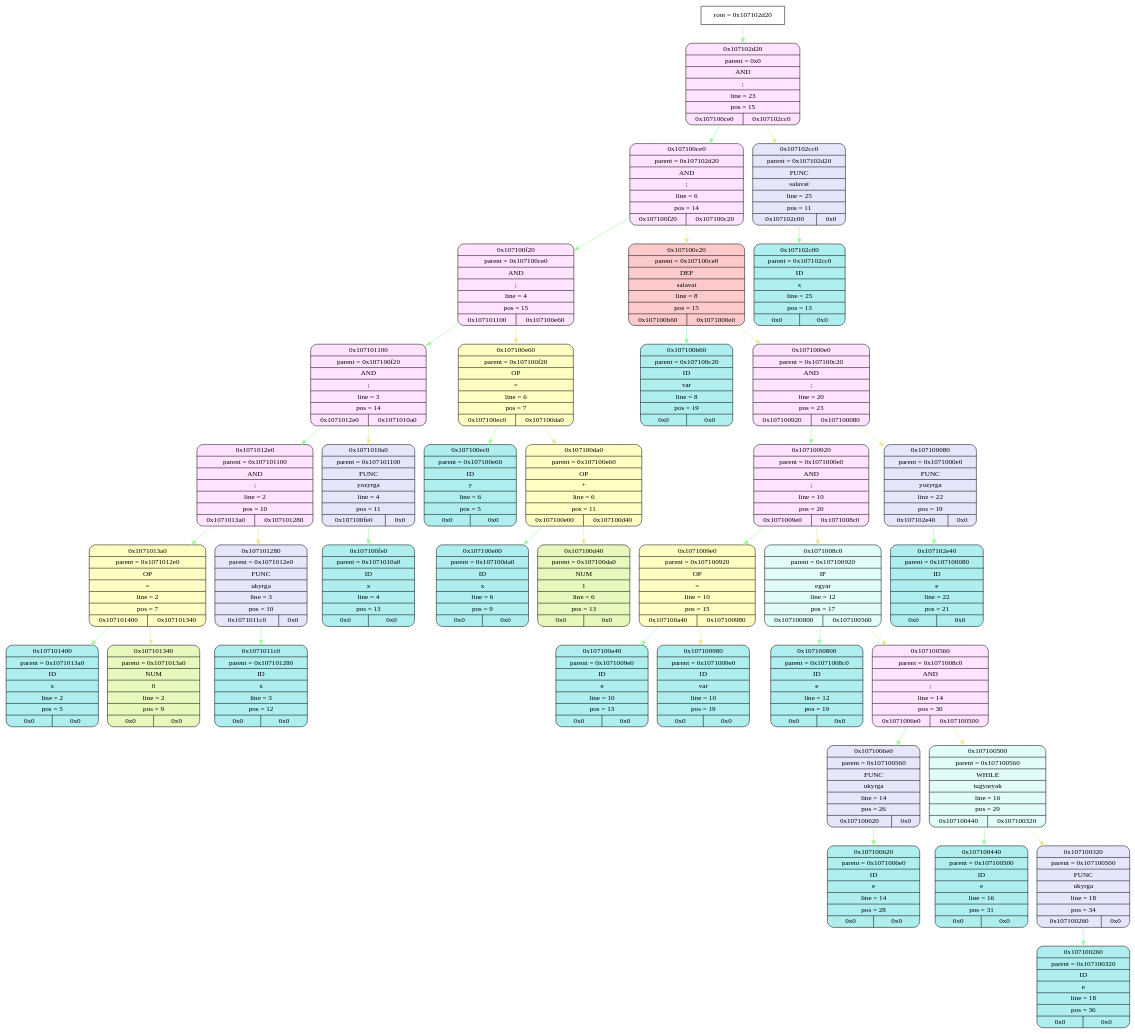
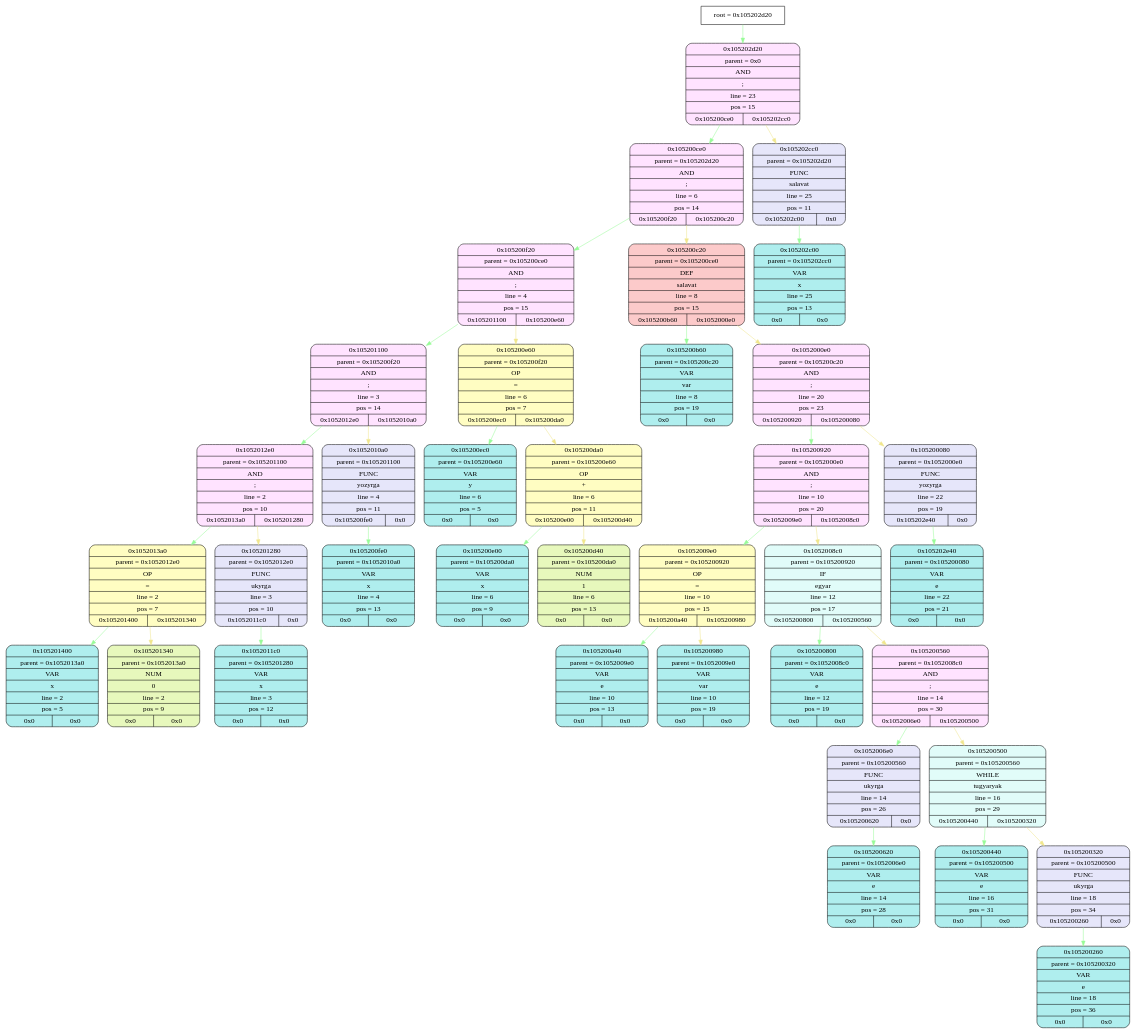
The diagram in frontend/tmp/graphviz.dot (esgalimov/language), drawn with Graphviz before and after one commit. The commit also changed 13 other files, not shown here.

```diff
--- a/frontend/tmp/graphviz.dot
+++ b/frontend/tmp/graphviz.dot
@@ -1,116 +1,116 @@
 digraph
 {
-    node_info[shape = record, label = "{root = 0x107102d20}"];
+    node_info[shape = record, label = "{root = 0x105202d20}"];
 
-    node_info->node_0x107102d20 [color = "#98FB98"];
-    node_0x107102d20[shape = Mrecord, label = "{{0x107102d20} | {parent =  0x0} | {AND} | {;} | {line = 23} | {pos = 15} | {0x107100ce0 | 0x107102cc0}}",
+    node_info->node_0x105202d20 [color = "#98FB98"];
+    node_0x105202d20[shape = Mrecord, label = "{{0x105202d20} | {parent =  0x0} | {AND} | {;} | {line = 23} | {pos = 15} | {0x105200ce0 | 0x105202cc0}}",
                                         style="filled", fillcolor="#FFE3FF"];
-    node_0x107100ce0[shape = Mrecord, label = "{{0x107100ce0} | {parent =  0x107102d20} | {AND} | {;} | {line = 6} | {pos = 14} | {0x107100f20 | 0x107100c20}}",
+    node_0x105200ce0[shape = Mrecord, label = "{{0x105200ce0} | {parent =  0x105202d20} | {AND} | {;} | {line = 6} | {pos = 14} | {0x105200f20 | 0x105200c20}}",
                                         style="filled", fillcolor="#FFE3FF"];
-    node_0x107100f20[shape = Mrecord, label = "{{0x107100f20} | {parent =  0x107100ce0} | {AND} | {;} | {line = 4} | {pos = 15} | {0x107101100 | 0x107100e60}}",
+    node_0x105200f20[shape = Mrecord, label = "{{0x105200f20} | {parent =  0x105200ce0} | {AND} | {;} | {line = 4} | {pos = 15} | {0x105201100 | 0x105200e60}}",
                                         style="filled", fillcolor="#FFE3FF"];
-    node_0x107101100[shape = Mrecord, label = "{{0x107101100} | {parent =  0x107100f20} | {AND} | {;} | {line = 3} | {pos = 14} | {0x1071012e0 | 0x1071010a0}}",
+    node_0x105201100[shape = Mrecord, label = "{{0x105201100} | {parent =  0x105200f20} | {AND} | {;} | {line = 3} | {pos = 14} | {0x1052012e0 | 0x1052010a0}}",
                                         style="filled", fillcolor="#FFE3FF"];
-    node_0x1071012e0[shape = Mrecord, label = "{{0x1071012e0} | {parent =  0x107101100} | {AND} | {;} | {line = 2} | {pos = 10} | {0x1071013a0 | 0x107101280}}",
+    node_0x1052012e0[shape = Mrecord, label = "{{0x1052012e0} | {parent =  0x105201100} | {AND} | {;} | {line = 2} | {pos = 10} | {0x1052013a0 | 0x105201280}}",
                                         style="filled", fillcolor="#FFE3FF"];
-    node_0x1071013a0[shape = Mrecord, label = "{{0x1071013a0} | {parent =  0x1071012e0} | {OP} | {=} | {line = 2} | {pos = 7} | {0x107101400 | 0x107101340}}",
+    node_0x1052013a0[shape = Mrecord, label = "{{0x1052013a0} | {parent =  0x1052012e0} | {OP} | {=} | {line = 2} | {pos = 7} | {0x105201400 | 0x105201340}}",
                                         style="filled", fillcolor="#FFFDC2"];
-    node_0x107101400[shape = Mrecord, label = "{{0x107101400} | {parent =  0x1071013a0} | {ID} | {x} | {line = 2} | {pos = 5} | {0x0 | 0x0}}",
+    node_0x105201400[shape = Mrecord, label = "{{0x105201400} | {parent =  0x1052013a0} | {VAR} | {x} | {line = 2} | {pos = 5} | {0x0 | 0x0}}",
                                         style="filled", fillcolor="#AFEEEE"];
-    node_0x107101340[shape = Mrecord, label = "{{0x107101340} | {parent =  0x1071013a0} | {NUM} | {0} | {line = 2} | {pos = 9} | {0x0 | 0x0}}",
+    node_0x105201340[shape = Mrecord, label = "{{0x105201340} | {parent =  0x1052013a0} | {NUM} | {0} | {line = 2} | {pos = 9} | {0x0 | 0x0}}",
                 style="filled", fillcolor="#E7F8BC"];
-    node_0x107101280[shape = Mrecord, label = "{{0x107101280} | {parent =  0x1071012e0} | {FUNC} | {ukyrga} | {line = 3} | {pos = 10} | {0x1071011c0 | 0x0}}",
+    node_0x105201280[shape = Mrecord, label = "{{0x105201280} | {parent =  0x1052012e0} | {FUNC} | {ukyrga} | {line = 3} | {pos = 10} | {0x1052011c0 | 0x0}}",
                                         style="filled", fillcolor="#E6E6FA"];
-    node_0x1071011c0[shape = Mrecord, label = "{{0x1071011c0} | {parent =  0x107101280} | {ID} | {x} | {line = 3} | {pos = 12} | {0x0 | 0x0}}",
+    node_0x1052011c0[shape = Mrecord, label = "{{0x1052011c0} | {parent =  0x105201280} | {VAR} | {x} | {line = 3} | {pos = 12} | {0x0 | 0x0}}",
                                         style="filled", fillcolor="#AFEEEE"];
-    node_0x1071010a0[shape = Mrecord, label = "{{0x1071010a0} | {parent =  0x107101100} | {FUNC} | {yozyrga} | {line = 4} | {pos = 11} | {0x107100fe0 | 0x0}}",
+    node_0x1052010a0[shape = Mrecord, label = "{{0x1052010a0} | {parent =  0x105201100} | {FUNC} | {yozyrga} | {line = 4} | {pos = 11} | {0x105200fe0 | 0x0}}",
                                         style="filled", fillcolor="#E6E6FA"];
-    node_0x107100fe0[shape = Mrecord, label = "{{0x107100fe0} | {parent =  0x1071010a0} | {ID} | {x} | {line = 4} | {pos = 13} | {0x0 | 0x0}}",
+    node_0x105200fe0[shape = Mrecord, label = "{{0x105200fe0} | {parent =  0x1052010a0} | {VAR} | {x} | {line = 4} | {pos = 13} | {0x0 | 0x0}}",
                                         style="filled", fillcolor="#AFEEEE"];
-    node_0x107100e60[shape = Mrecord, label = "{{0x107100e60} | {parent =  0x107100f20} | {OP} | {=} | {line = 6} | {pos = 7} | {0x107100ec0 | 0x107100da0}}",
+    node_0x105200e60[shape = Mrecord, label = "{{0x105200e60} | {parent =  0x105200f20} | {OP} | {=} | {line = 6} | {pos = 7} | {0x105200ec0 | 0x105200da0}}",
                                         style="filled", fillcolor="#FFFDC2"];
-    node_0x107100ec0[shape = Mrecord, label = "{{0x107100ec0} | {parent =  0x107100e60} | {ID} | {y} | {line = 6} | {pos = 5} | {0x0 | 0x0}}",
+    node_0x105200ec0[shape = Mrecord, label = "{{0x105200ec0} | {parent =  0x105200e60} | {VAR} | {y} | {line = 6} | {pos = 5} | {0x0 | 0x0}}",
                                         style="filled", fillcolor="#AFEEEE"];
-    node_0x107100da0[shape = Mrecord, label = "{{0x107100da0} | {parent =  0x107100e60} | {OP} | {+} | {line = 6} | {pos = 11} | {0x107100e00 | 0x107100d40}}",
+    node_0x105200da0[shape = Mrecord, label = "{{0x105200da0} | {parent =  0x105200e60} | {OP} | {+} | {line = 6} | {pos = 11} | {0x105200e00 | 0x105200d40}}",
                                         style="filled", fillcolor="#FFFDC2"];
-    node_0x107100e00[shape = Mrecord, label = "{{0x107100e00} | {parent =  0x107100da0} | {ID} | {x} | {line = 6} | {pos = 9} | {0x0 | 0x0}}",
+    node_0x105200e00[shape = Mrecord, label = "{{0x105200e00} | {parent =  0x105200da0} | {VAR} | {x} | {line = 6} | {pos = 9} | {0x0 | 0x0}}",
                                         style="filled", fillcolor="#AFEEEE"];
-    node_0x107100d40[shape = Mrecord, label = "{{0x107100d40} | {parent =  0x107100da0} | {NUM} | {1} | {line = 6} | {pos = 13} | {0x0 | 0x0}}",
+    node_0x105200d40[shape = Mrecord, label = "{{0x105200d40} | {parent =  0x105200da0} | {NUM} | {1} | {line = 6} | {pos = 13} | {0x0 | 0x0}}",
                 style="filled", fillcolor="#E7F8BC"];
-    node_0x107100c20[shape = Mrecord, label = "{{0x107100c20} | {parent =  0x107100ce0} | {DEF} | {salavat} | {line = 8} | {pos = 15} | {0x107100b60 | 0x1071000e0}}",
+    node_0x105200c20[shape = Mrecord, label = "{{0x105200c20} | {parent =  0x105200ce0} | {DEF} | {salavat} | {line = 8} | {pos = 15} | {0x105200b60 | 0x1052000e0}}",
                                         style="filled", fillcolor="#FCCACA"];
-    node_0x107100b60[shape = Mrecord, label = "{{0x107100b60} | {parent =  0x107100c20} | {ID} | {var} | {line = 8} | {pos = 19} | {0x0 | 0x0}}",
+    node_0x105200b60[shape = Mrecord, label = "{{0x105200b60} | {parent =  0x105200c20} | {VAR} | {var} | {line = 8} | {pos = 19} | {0x0 | 0x0}}",
                                         style="filled", fillcolor="#AFEEEE"];
-    node_0x1071000e0[shape = Mrecord, label = "{{0x1071000e0} | {parent =  0x107100c20} | {AND} | {;} | {line = 20} | {pos = 23} | {0x107100920 | 0x107100080}}",
+    node_0x1052000e0[shape = Mrecord, label = "{{0x1052000e0} | {parent =  0x105200c20} | {AND} | {;} | {line = 20} | {pos = 23} | {0x105200920 | 0x105200080}}",
                                         style="filled", fillcolor="#FFE3FF"];
-    node_0x107100920[shape = Mrecord, label = "{{0x107100920} | {parent =  0x1071000e0} | {AND} | {;} | {line = 10} | {pos = 20} | {0x1071009e0 | 0x1071008c0}}",
+    node_0x105200920[shape = Mrecord, label = "{{0x105200920} | {parent =  0x1052000e0} | {AND} | {;} | {line = 10} | {pos = 20} | {0x1052009e0 | 0x1052008c0}}",
                                         style="filled", fillcolor="#FFE3FF"];
-    node_0x1071009e0[shape = Mrecord, label = "{{0x1071009e0} | {parent =  0x107100920} | {OP} | {=} | {line = 10} | {pos = 15} | {0x107100a40 | 0x107100980}}",
+    node_0x1052009e0[shape = Mrecord, label = "{{0x1052009e0} | {parent =  0x105200920} | {OP} | {=} | {line = 10} | {pos = 15} | {0x105200a40 | 0x105200980}}",
                                         style="filled", fillcolor="#FFFDC2"];
-    node_0x107100a40[shape = Mrecord, label = "{{0x107100a40} | {parent =  0x1071009e0} | {ID} | {e} | {line = 10} | {pos = 13} | {0x0 | 0x0}}",
+    node_0x105200a40[shape = Mrecord, label = "{{0x105200a40} | {parent =  0x1052009e0} | {VAR} | {e} | {line = 10} | {pos = 13} | {0x0 | 0x0}}",
                                         style="filled", fillcolor="#AFEEEE"];
-    node_0x107100980[shape = Mrecord, label = "{{0x107100980} | {parent =  0x1071009e0} | {ID} | {var} | {line = 10} | {pos = 19} | {0x0 | 0x0}}",
+    node_0x105200980[shape = Mrecord, label = "{{0x105200980} | {parent =  0x1052009e0} | {VAR} | {var} | {line = 10} | {pos = 19} | {0x0 | 0x0}}",
                                         style="filled", fillcolor="#AFEEEE"];
-    node_0x1071008c0[shape = Mrecord, label = "{{0x1071008c0} | {parent =  0x107100920} | {IF} | {egyar} | {line = 12} | {pos = 17} | {0x107100800 | 0x107100560}}",
+    node_0x1052008c0[shape = Mrecord, label = "{{0x1052008c0} | {parent =  0x105200920} | {IF} | {egyar} | {line = 12} | {pos = 17} | {0x105200800 | 0x105200560}}",
                                         style="filled", fillcolor="#E1FCF9"];
-    node_0x107100800[shape = Mrecord, label = "{{0x107100800} | {parent =  0x1071008c0} | {ID} | {e} | {line = 12} | {pos = 19} | {0x0 | 0x0}}",
+    node_0x105200800[shape = Mrecord, label = "{{0x105200800} | {parent =  0x1052008c0} | {VAR} | {e} | {line = 12} | {pos = 19} | {0x0 | 0x0}}",
                                         style="filled", fillcolor="#AFEEEE"];
-    node_0x107100560[shape = Mrecord, label = "{{0x107100560} | {parent =  0x1071008c0} | {AND} | {;} | {line = 14} | {pos = 30} | {0x1071006e0 | 0x107100500}}",
+    node_0x105200560[shape = Mrecord, label = "{{0x105200560} | {parent =  0x1052008c0} | {AND} | {;} | {line = 14} | {pos = 30} | {0x1052006e0 | 0x105200500}}",
                                         style="filled", fillcolor="#FFE3FF"];
-    node_0x1071006e0[shape = Mrecord, label = "{{0x1071006e0} | {parent =  0x107100560} | {FUNC} | {ukyrga} | {line = 14} | {pos = 26} | {0x107100620 | 0x0}}",
+    node_0x1052006e0[shape = Mrecord, label = "{{0x1052006e0} | {parent =  0x105200560} | {FUNC} | {ukyrga} | {line = 14} | {pos = 26} | {0x105200620 | 0x0}}",
                                         style="filled", fillcolor="#E6E6FA"];
-    node_0x107100620[shape = Mrecord, label = "{{0x107100620} | {parent =  0x1071006e0} | {ID} | {e} | {line = 14} | {pos = 28} | {0x0 | 0x0}}",
+    node_0x105200620[shape = Mrecord, label = "{{0x105200620} | {parent =  0x1052006e0} | {VAR} | {e} | {line = 14} | {pos = 28} | {0x0 | 0x0}}",
                                         style="filled", fillcolor="#AFEEEE"];
-    node_0x107100500[shape = Mrecord, label = "{{0x107100500} | {parent =  0x107100560} | {WHILE} | {tugyaryak} | {line = 16} | {pos = 29} | {0x107100440 | 0x107100320}}",
+    node_0x105200500[shape = Mrecord, label = "{{0x105200500} | {parent =  0x105200560} | {WHILE} | {tugyaryak} | {line = 16} | {pos = 29} | {0x105200440 | 0x105200320}}",
                                         style="filled", fillcolor="#E1FCF9"];
-    node_0x107100440[shape = Mrecord, label = "{{0x107100440} | {parent =  0x107100500} | {ID} | {e} | {line = 16} | {pos = 31} | {0x0 | 0x0}}",
+    node_0x105200440[shape = Mrecord, label = "{{0x105200440} | {parent =  0x105200500} | {VAR} | {e} | {line = 16} | {pos = 31} | {0x0 | 0x0}}",
                                         style="filled", fillcolor="#AFEEEE"];
-    node_0x107100320[shape = Mrecord, label = "{{0x107100320} | {parent =  0x107100500} | {FUNC} | {ukyrga} | {line = 18} | {pos = 34} | {0x107100260 | 0x0}}",
+    node_0x105200320[shape = Mrecord, label = "{{0x105200320} | {parent =  0x105200500} | {FUNC} | {ukyrga} | {line = 18} | {pos = 34} | {0x105200260 | 0x0}}",
                                         style="filled", fillcolor="#E6E6FA"];
-    node_0x107100260[shape = Mrecord, label = "{{0x107100260} | {parent =  0x107100320} | {ID} | {e} | {line = 18} | {pos = 36} | {0x0 | 0x0}}",
+    node_0x105200260[shape = Mrecord, label = "{{0x105200260} | {parent =  0x105200320} | {VAR} | {e} | {line = 18} | {pos = 36} | {0x0 | 0x0}}",
                                         style="filled", fillcolor="#AFEEEE"];
-    node_0x107100080[shape = Mrecord, label = "{{0x107100080} | {parent =  0x1071000e0} | {FUNC} | {yozyrga} | {line = 22} | {pos = 19} | {0x107102e40 | 0x0}}",
+    node_0x105200080[shape = Mrecord, label = "{{0x105200080} | {parent =  0x1052000e0} | {FUNC} | {yozyrga} | {line = 22} | {pos = 19} | {0x105202e40 | 0x0}}",
                                         style="filled", fillcolor="#E6E6FA"];
-    node_0x107102e40[shape = Mrecord, label = "{{0x107102e40} | {parent =  0x107100080} | {ID} | {e} | {line = 22} | {pos = 21} | {0x0 | 0x0}}",
+    node_0x105202e40[shape = Mrecord, label = "{{0x105202e40} | {parent =  0x105200080} | {VAR} | {e} | {line = 22} | {pos = 21} | {0x0 | 0x0}}",
                                         style="filled", fillcolor="#AFEEEE"];
-    node_0x107102cc0[shape = Mrecord, label = "{{0x107102cc0} | {parent =  0x107102d20} | {FUNC} | {salavat} | {line = 25} | {pos = 11} | {0x107102c00 | 0x0}}",
+    node_0x105202cc0[shape = Mrecord, label = "{{0x105202cc0} | {parent =  0x105202d20} | {FUNC} | {salavat} | {line = 25} | {pos = 11} | {0x105202c00 | 0x0}}",
                                         style="filled", fillcolor="#E6E6FA"];
-    node_0x107102c00[shape = Mrecord, label = "{{0x107102c00} | {parent =  0x107102cc0} | {ID} | {x} | {line = 25} | {pos = 13} | {0x0 | 0x0}}",
+    node_0x105202c00[shape = Mrecord, label = "{{0x105202c00} | {parent =  0x105202cc0} | {VAR} | {x} | {line = 25} | {pos = 13} | {0x0 | 0x0}}",
                                         style="filled", fillcolor="#AFEEEE"];
-    node_0x107102d20->node_0x107100ce0 [color = "#98FB98"];
-    node_0x107100ce0->node_0x107100f20 [color = "#98FB98"];
-    node_0x107100f20->node_0x107101100 [color = "#98FB98"];
-    node_0x107101100->node_0x1071012e0 [color = "#98FB98"];
-    node_0x1071012e0->node_0x1071013a0 [color = "#98FB98"];
-    node_0x1071013a0->node_0x107101400 [color = "#98FB98"];
-    node_0x1071013a0->node_0x107101340 [color = "#F0E68C"];
-    node_0x1071012e0->node_0x107101280 [color = "#F0E68C"];
-    node_0x107101280->node_0x1071011c0 [color = "#98FB98"];
-    node_0x107101100->node_0x1071010a0 [color = "#F0E68C"];
-    node_0x1071010a0->node_0x107100fe0 [color = "#98FB98"];
-    node_0x107100f20->node_0x107100e60 [color = "#F0E68C"];
-    node_0x107100e60->node_0x107100ec0 [color = "#98FB98"];
-    node_0x107100e60->node_0x107100da0 [color = "#F0E68C"];
-    node_0x107100da0->node_0x107100e00 [color = "#98FB98"];
-    node_0x107100da0->node_0x107100d40 [color = "#F0E68C"];
-    node_0x107100ce0->node_0x107100c20 [color = "#F0E68C"];
-    node_0x107100c20->node_0x107100b60 [color = "#98FB98"];
-    node_0x107100c20->node_0x1071000e0 [color = "#F0E68C"];
-    node_0x1071000e0->node_0x107100920 [color = "#98FB98"];
-    node_0x107100920->node_0x1071009e0 [color = "#98FB98"];
-    node_0x1071009e0->node_0x107100a40 [color = "#98FB98"];
-    node_0x1071009e0->node_0x107100980 [color = "#F0E68C"];
-    node_0x107100920->node_0x1071008c0 [color = "#F0E68C"];
-    node_0x1071008c0->node_0x107100800 [color = "#98FB98"];
-    node_0x1071008c0->node_0x107100560 [color = "#F0E68C"];
-    node_0x107100560->node_0x1071006e0 [color = "#98FB98"];
-    node_0x1071006e0->node_0x107100620 [color = "#98FB98"];
-    node_0x107100560->node_0x107100500 [color = "#F0E68C"];
-    node_0x107100500->node_0x107100440 [color = "#98FB98"];
-    node_0x107100500->node_0x107100320 [color = "#F0E68C"];
-    node_0x107100320->node_0x107100260 [color = "#98FB98"];
-    node_0x1071000e0->node_0x107100080 [color = "#F0E68C"];
-    node_0x107100080->node_0x107102e40 [color = "#98FB98"];
-    node_0x107102d20->node_0x107102cc0 [color = "#F0E68C"];
-    node_0x107102cc0->node_0x107102c00 [color = "#98FB98"];
+    node_0x105202d20->node_0x105200ce0 [color = "#98FB98"];
+    node_0x105200ce0->node_0x105200f20 [color = "#98FB98"];
+    node_0x105200f20->node_0x105201100 [color = "#98FB98"];
+    node_0x105201100->node_0x1052012e0 [color = "#98FB98"];
+    node_0x1052012e0->node_0x1052013a0 [color = "#98FB98"];
+    node_0x1052013a0->node_0x105201400 [color = "#98FB98"];
+    node_0x1052013a0->node_0x105201340 [color = "#F0E68C"];
+    node_0x1052012e0->node_0x105201280 [color = "#F0E68C"];
+    node_0x105201280->node_0x1052011c0 [color = "#98FB98"];
+    node_0x105201100->node_0x1052010a0 [color = "#F0E68C"];
+    node_0x1052010a0->node_0x105200fe0 [color = "#98FB98"];
+    node_0x105200f20->node_0x105200e60 [color = "#F0E68C"];
+    node_0x105200e60->node_0x105200ec0 [color = "#98FB98"];
+    node_0x105200e60->node_0x105200da0 [color = "#F0E68C"];
+    node_0x105200da0->node_0x105200e00 [color = "#98FB98"];
+    node_0x105200da0->node_0x105200d40 [color = "#F0E68C"];
+    node_0x105200ce0->node_0x105200c20 [color = "#F0E68C"];
+    node_0x105200c20->node_0x105200b60 [color = "#98FB98"];
+    node_0x105200c20->node_0x1052000e0 [color = "#F0E68C"];
+    node_0x1052000e0->node_0x105200920 [color = "#98FB98"];
+    node_0x105200920->node_0x1052009e0 [color = "#98FB98"];
+    node_0x1052009e0->node_0x105200a40 [color = "#98FB98"];
+    node_0x1052009e0->node_0x105200980 [color = "#F0E68C"];
+    node_0x105200920->node_0x1052008c0 [color = "#F0E68C"];
+    node_0x1052008c0->node_0x105200800 [color = "#98FB98"];
+    node_0x1052008c0->node_0x105200560 [color = "#F0E68C"];
+    node_0x105200560->node_0x1052006e0 [color = "#98FB98"];
+    node_0x1052006e0->node_0x105200620 [color = "#98FB98"];
+    node_0x105200560->node_0x105200500 [color = "#F0E68C"];
+    node_0x105200500->node_0x105200440 [color = "#98FB98"];
+    node_0x105200500->node_0x105200320 [color = "#F0E68C"];
+    node_0x105200320->node_0x105200260 [color = "#98FB98"];
+    node_0x1052000e0->node_0x105200080 [color = "#F0E68C"];
+    node_0x105200080->node_0x105202e40 [color = "#98FB98"];
+    node_0x105202d20->node_0x105202cc0 [color = "#F0E68C"];
+    node_0x105202cc0->node_0x105202c00 [color = "#98FB98"];
 }
```
